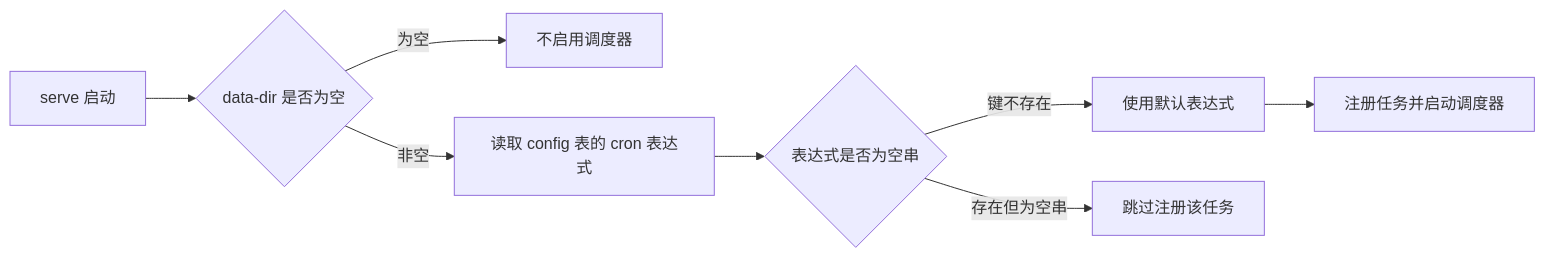
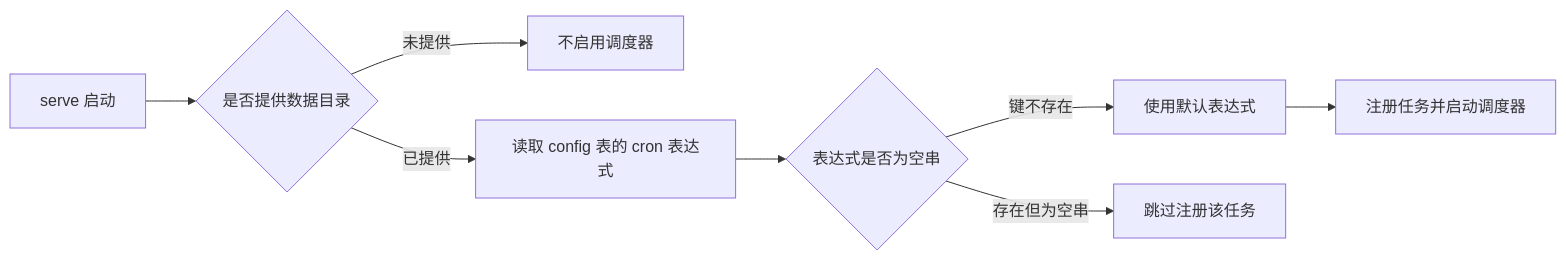
Before and after one commit to tktogether/subforge: the first of 3 diagrams in docs/wiki/定时任务与告警.md, drawn with Mermaid. The commit also changed other lines of this file and 26 other files, not shown here.

````diff
--- a/docs/wiki/定时任务与告警.md
+++ b/docs/wiki/定时任务与告警.md
@@ -26,10 +26,10 @@
 ```mermaid
 flowchart LR
-  A[serve 启动] --> B{data-dir 是否为空}
-  B -->|为空| C[不启用调度器]
-  B -->|非空| D[读取 config 表的 cron 表达式]
+  A[serve 启动] --> B{是否提供数据目录}
+  B -->|未提供| C[不启用调度器]
+  B -->|已提供| D[读取 config 表的 cron 表达式]
   D --> E{表达式是否为空串}
   E -->|键不存在| F[使用默认表达式]
   E -->|存在但为空串| G[跳过注册该任务]
   F --> H[注册任务并启动调度器]
 ```
````
